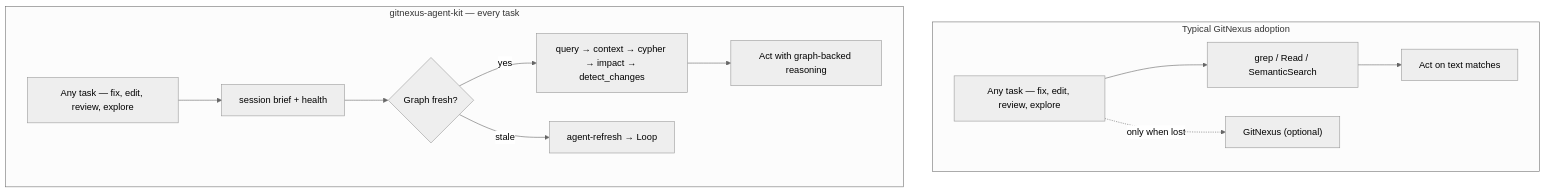
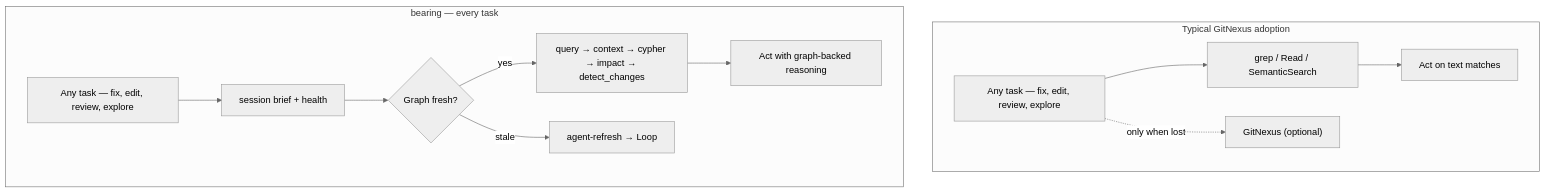
Before and after one commit to ReidenXerx/bearing: the second of 9 diagrams in docs/ARCHITECTURE.md, drawn with Mermaid (neutral theme). The commit also changed other lines of this file and 12 other files, not shown here.

````diff
--- a/docs/ARCHITECTURE.md
+++ b/docs/ARCHITECTURE.md
@@ -55,18 +55,18 @@
 ```mermaid
 flowchart TB
   subgraph sidecar["Typical GitNexus adoption"]
     T1["Any task — fix, edit, review, explore"]
     T1 --> C1["grep / Read / SemanticSearch"]
     C1 --> A1[Act on text matches]
     T1 -.->|only when lost| GN1["GitNexus (optional)"]
   end
 
-  subgraph every["gitnexus-agent-kit — every task"]
+  subgraph every["bearing — every task"]
     T2["Any task — fix, edit, review, explore"]
     T2 --> B2[session brief + health]
     B2 --> G2{Graph fresh?}
     G2 -->|yes| Loop["query → context → cypher → impact → detect_changes"]
     Loop --> A2[Act with graph-backed reasoning]
     G2 -->|stale| R2[agent-refresh → Loop]
   end
 ```
````
